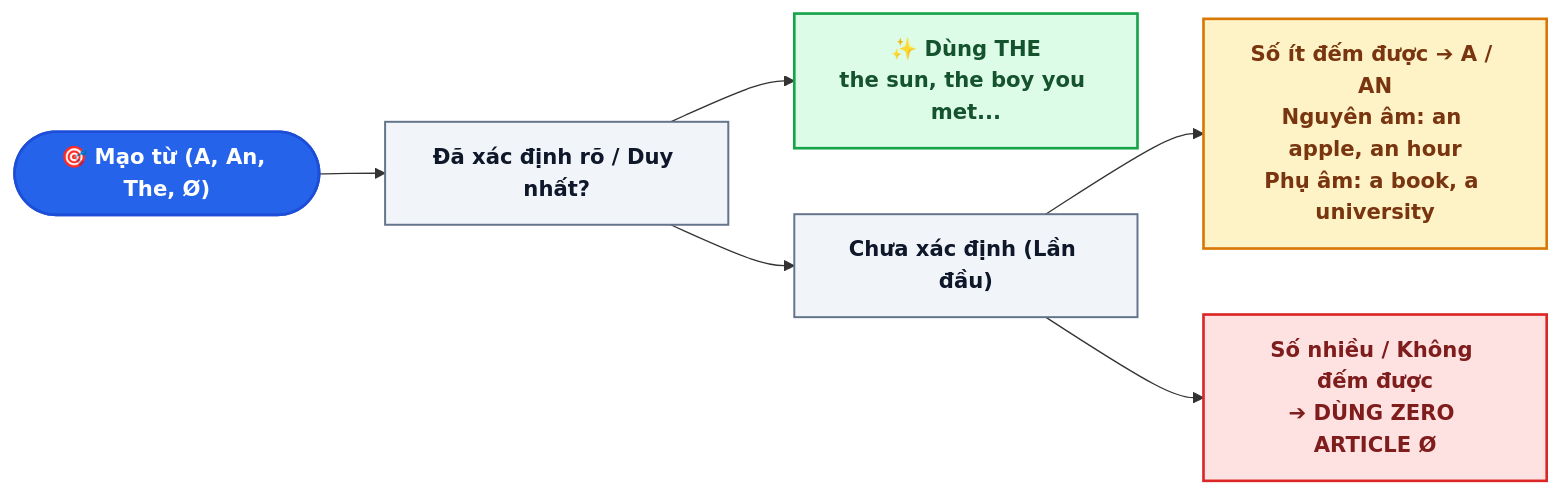
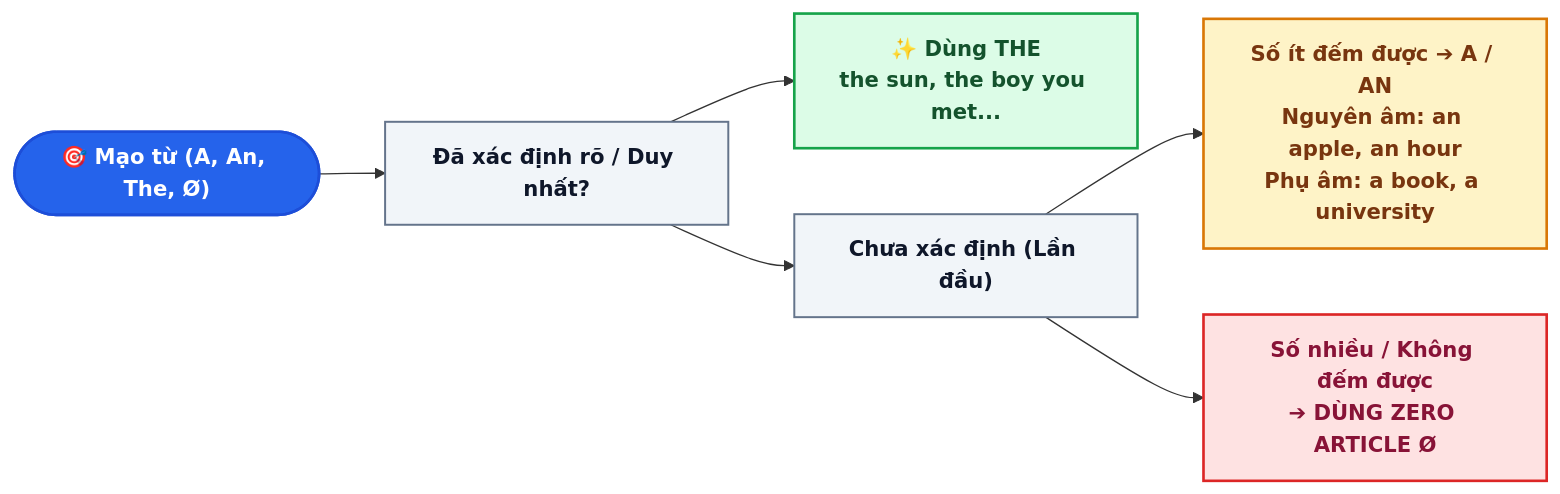
Before and after one commit to tuankiet2510/Grade10Entrance: the diagram in EnglishDocs/docs/lessons/chuyen_de_2_mao_tu_articles_mastery.md, drawn with Mermaid. The commit also changed 14 other files, not shown here.

Commit message:
fix(ui): resolve Mermaid dark/light contrast issue across all English lessons

````diff
--- a/EnglishDocs/docs/lessons/chuyen_de_2_mao_tu_articles_mastery.md
+++ b/EnglishDocs/docs/lessons/chuyen_de_2_mao_tu_articles_mastery.md
@@ -13,16 +13,16 @@
 ```mermaid
 flowchart LR
     A(["🎯 Mạo từ (A, An, The, Ø)"]) --> B["Đã xác định rõ / Duy nhất?"]
     B --> C["✨ Dùng THE<br/>the sun, the boy you met..."]
     B --> D["Chưa xác định (Lần đầu)"]
     
     D --> E["Số ít đếm được ➔ A / AN<br/>Nguyên âm: an apple, an hour<br/>Phụ âm: a book, a university"]
     D --> F["Số nhiều / Không đếm được<br/>➔ DÙNG ZERO ARTICLE Ø"]
     
     style A fill:#2563eb,stroke:#1d4ed8,stroke-width:2px,color:#ffffff,font-weight:bold
     style B fill:#f1f5f9,stroke:#64748b,stroke-width:1.5px,color:#0f172a,font-weight:bold
     style C fill:#dcfce7,stroke:#16a34a,stroke-width:2px,color:#14532d,font-weight:bold
     style D fill:#f1f5f9,stroke:#64748b,stroke-width:1.5px,color:#0f172a,font-weight:bold
     style E fill:#fef3c7,stroke:#d97706,stroke-width:2px,color:#78350f,font-weight:bold
-    style F fill:#fee2e2,stroke:#dc2626,stroke-width:2px,color:#7f1d1d,font-weight:bold
+    style F fill:#fee2e2,stroke:#dc2626,stroke-width:2px,color:#881337,font-weight:bold
 ```
````
